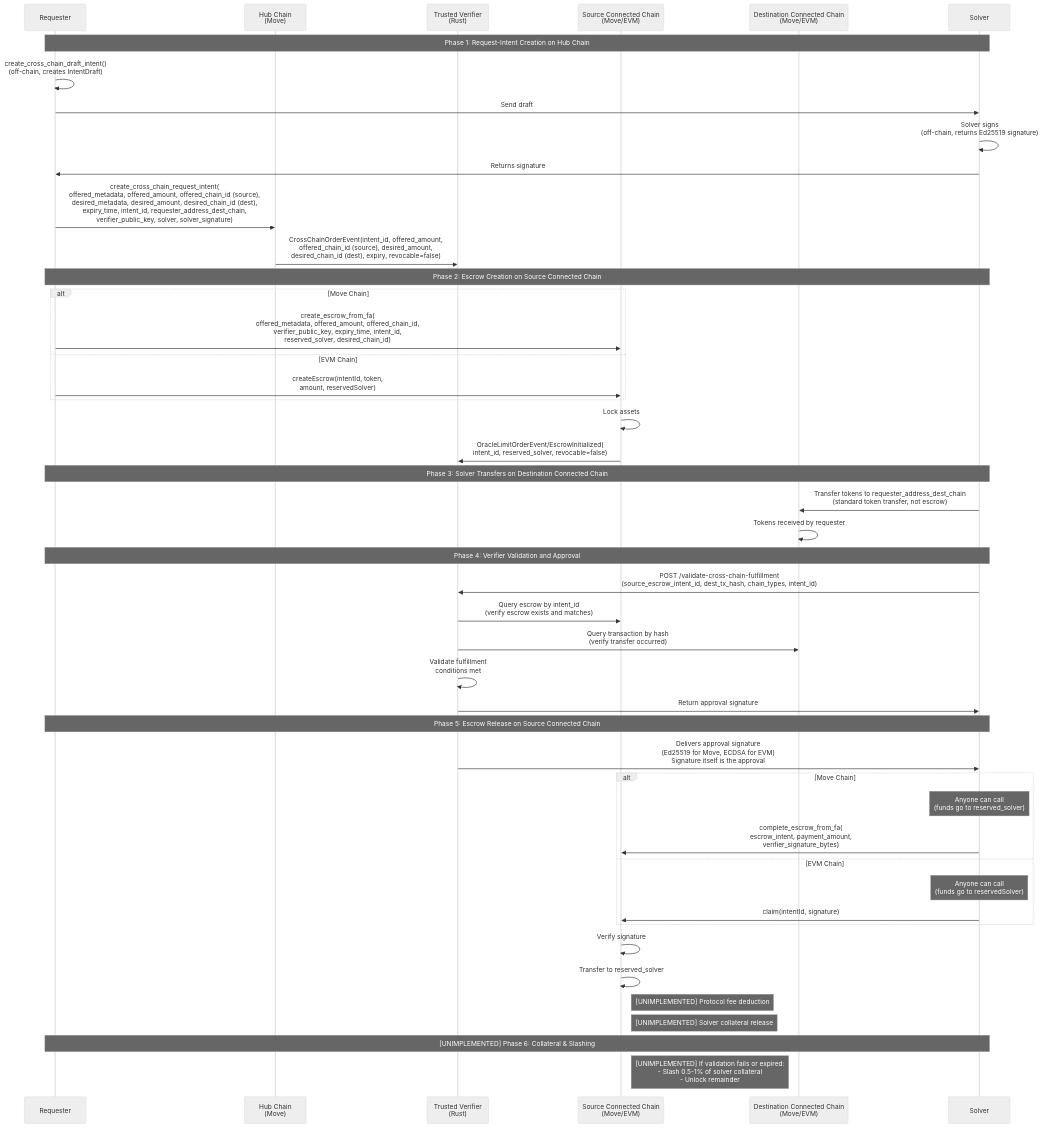
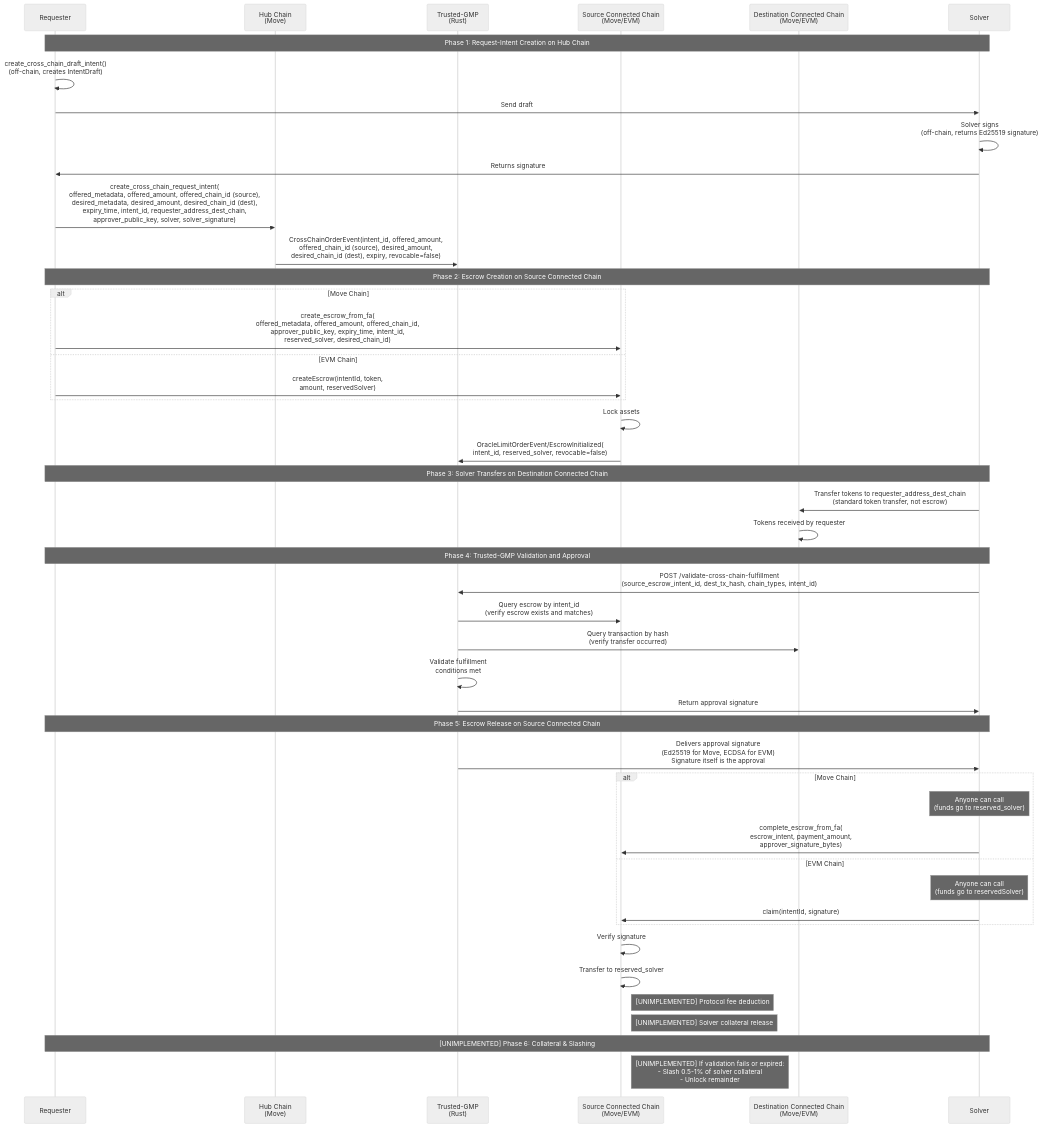
One commit to apenzk/int3nts changed the diagram in docs/architecture/conception/architecture-diff.md. Above: the diagram before and after it, drawn with Mermaid (neutral theme). The commit also changed other lines of this file and 361 other files, not shown here.

First line of the commit message:
refact: Split verifier into coordinator and trusted-gmp (#8)

````diff
--- a/docs/architecture/conception/architecture-diff.md
+++ b/docs/architecture/conception/architecture-diff.md
@@ -89,54 +89,54 @@
 ```mermaid
 sequenceDiagram
     participant Requester
     participant Hub as Hub Chain<br/>(Move)
-    participant Verifier as Trusted Verifier<br/>(Rust)
+    participant TrustedGMP as Trusted-GMP<br/>(Rust)
     participant Source as Source Connected Chain<br/>(Move/EVM)
     participant Dest as Destination Connected Chain<br/>(Move/EVM)
     participant Solver
 
     Note over Requester,Solver: Phase 1: Request-Intent Creation on Hub Chain
     Requester->>Requester: create_cross_chain_draft_intent()<br/>(off-chain, creates IntentDraft)
     Requester->>Solver: Send draft
     Solver->>Solver: Solver signs<br/>(off-chain, returns Ed25519 signature)
     Solver->>Requester: Returns signature
-    Requester->>Hub: create_cross_chain_request_intent(<br/>offered_metadata, offered_amount, offered_chain_id (source),<br/>desired_metadata, desired_amount, desired_chain_id (dest),<br/>expiry_time, intent_id, requester_address_dest_chain,<br/>verifier_public_key, solver, solver_signature)
-    Hub->>Verifier: CrossChainOrderEvent(intent_id, offered_amount,<br/>offered_chain_id (source), desired_amount,<br/>desired_chain_id (dest), expiry, revocable=false)
+    Requester->>Hub: create_cross_chain_request_intent(<br/>offered_metadata, offered_amount, offered_chain_id (source),<br/>desired_metadata, desired_amount, desired_chain_id (dest),<br/>expiry_time, intent_id, requester_address_dest_chain,<br/>approver_public_key, solver, solver_signature)
+    Hub->>TrustedGMP: CrossChainOrderEvent(intent_id, offered_amount,<br/>offered_chain_id (source), desired_amount,<br/>desired_chain_id (dest), expiry, revocable=false)
 
     Note over Requester,Solver: Phase 2: Escrow Creation on Source Connected Chain
     alt Move Chain
-        Requester->>Source: create_escrow_from_fa(<br/>offered_metadata, offered_amount, offered_chain_id,<br/>verifier_public_key, expiry_time, intent_id,<br/>reserved_solver, desired_chain_id)
+        Requester->>Source: create_escrow_from_fa(<br/>offered_metadata, offered_amount, offered_chain_id,<br/>approver_public_key, expiry_time, intent_id,<br/>reserved_solver, desired_chain_id)
     else EVM Chain
         Requester->>Source: createEscrow(intentId, token,<br/>amount, reservedSolver)
     end
     Source->>Source: Lock assets
-    Source->>Verifier: OracleLimitOrderEvent/EscrowInitialized(<br/>intent_id, reserved_solver, revocable=false)
+    Source->>TrustedGMP: OracleLimitOrderEvent/EscrowInitialized(<br/>intent_id, reserved_solver, revocable=false)
 
     Note over Requester,Solver: Phase 3: Solver Transfers on Destination Connected Chain
     Solver->>Dest: Transfer tokens to requester_address_dest_chain<br/>(standard token transfer, not escrow)
     Dest->>Dest: Tokens received by requester
 
-    Note over Requester,Solver: Phase 4: Verifier Validation and Approval
-    Solver->>Verifier: POST /validate-cross-chain-fulfillment<br/>(source_escrow_intent_id, dest_tx_hash, chain_types, intent_id)
-    Verifier->>Source: Query escrow by intent_id<br/>(verify escrow exists and matches)
-    Verifier->>Dest: Query transaction by hash<br/>(verify transfer occurred)
-    Verifier->>Verifier: Validate fulfillment<br/>conditions met
-    Verifier->>Solver: Return approval signature
+    Note over Requester,Solver: Phase 4: Trusted-GMP Validation and Approval
+    Solver->>TrustedGMP: POST /validate-cross-chain-fulfillment<br/>(source_escrow_intent_id, dest_tx_hash, chain_types, intent_id)
+    TrustedGMP->>Source: Query escrow by intent_id<br/>(verify escrow exists and matches)
+    TrustedGMP->>Dest: Query transaction by hash<br/>(verify transfer occurred)
+    TrustedGMP->>TrustedGMP: Validate fulfillment<br/>conditions met
+    TrustedGMP->>Solver: Return approval signature
 
     Note over Requester,Solver: Phase 5: Escrow Release on Source Connected Chain
-    Verifier->>Solver: Delivers approval signature<br/>(Ed25519 for Move, ECDSA for EVM)<br/>Signature itself is the approval
+    TrustedGMP->>Solver: Delivers approval signature<br/>(Ed25519 for Move, ECDSA for EVM)<br/>Signature itself is the approval
     alt Move Chain
         Note over Solver: Anyone can call<br/>(funds go to reserved_solver)
-        Solver->>Source: complete_escrow_from_fa(<br/>escrow_intent, payment_amount,<br/>verifier_signature_bytes)
+        Solver->>Source: complete_escrow_from_fa(<br/>escrow_intent, payment_amount,<br/>approver_signature_bytes)
     else EVM Chain
         Note over Solver: Anyone can call<br/>(funds go to reservedSolver)
         Solver->>Source: claim(intentId, signature)
     end
     Source->>Source: Verify signature
     Source->>Source: Transfer to reserved_solver
     Note right of Source: [UNIMPLEMENTED] Protocol fee deduction
     Note right of Source: [UNIMPLEMENTED] Solver collateral release
 
     Note over Requester,Solver: [UNIMPLEMENTED] Phase 6: Collateral & Slashing
     Note right of Source: [UNIMPLEMENTED] If validation fails or expired:<br/>- Slash 0.5-1% of solver collateral<br/>- Unlock remainder
 ```
````
